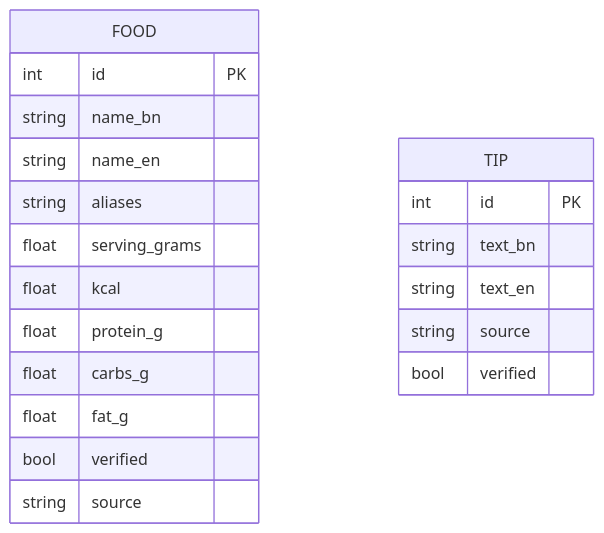
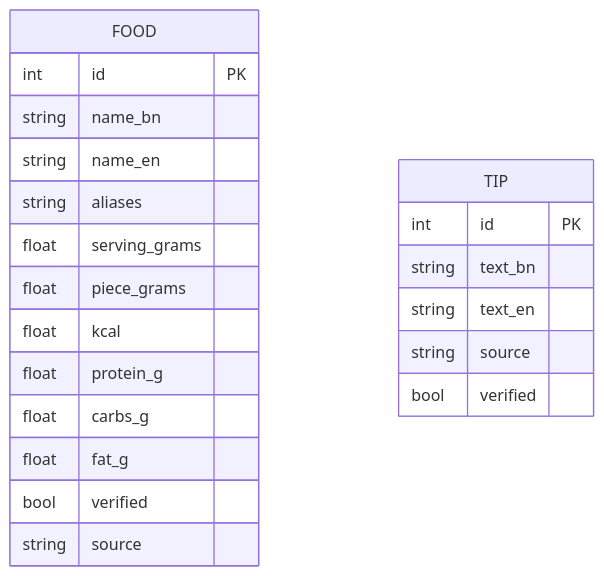
Before and after one commit to es-ratt/edibyte: the third of 4 diagrams in README.md, drawn with Mermaid. The commit also changed other lines of this file and 20 other files, not shown here.

````diff
--- a/README.md
+++ b/README.md
@@ -120,23 +120,24 @@
 ```mermaid
 erDiagram
   FOOD {
     int id PK
     string name_bn
     string name_en
     string aliases
     float serving_grams
+    float piece_grams
     float kcal
     float protein_g
     float carbs_g
     float fat_g
     bool verified
     string source
   }
   TIP {
     int id PK
     string text_bn
     string text_en
     string source
     bool verified
   }
 ```
````
